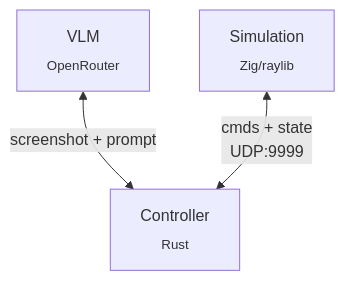
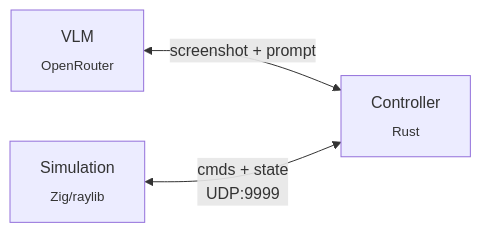
The diagram in README.md (kxzk/snapbench), drawn with Mermaid before and after one commit. The commit also changed other lines of this file, not shown here.

````diff
--- a/README.md
+++ b/README.md
@@ -14,9 +13,9 @@
 ```mermaid
-graph TD
+graph LR
     VLM[VLM<br><sub>OpenRouter</sub>]
     SIM[Simulation<br><sub>Zig/raylib</sub>]
     CTL[Controller<br><sub>Rust</sub>]
 
     VLM <-->|screenshot + prompt| CTL
     SIM <-->|cmds + state<br>UDP:9999| CTL
 ```
````
